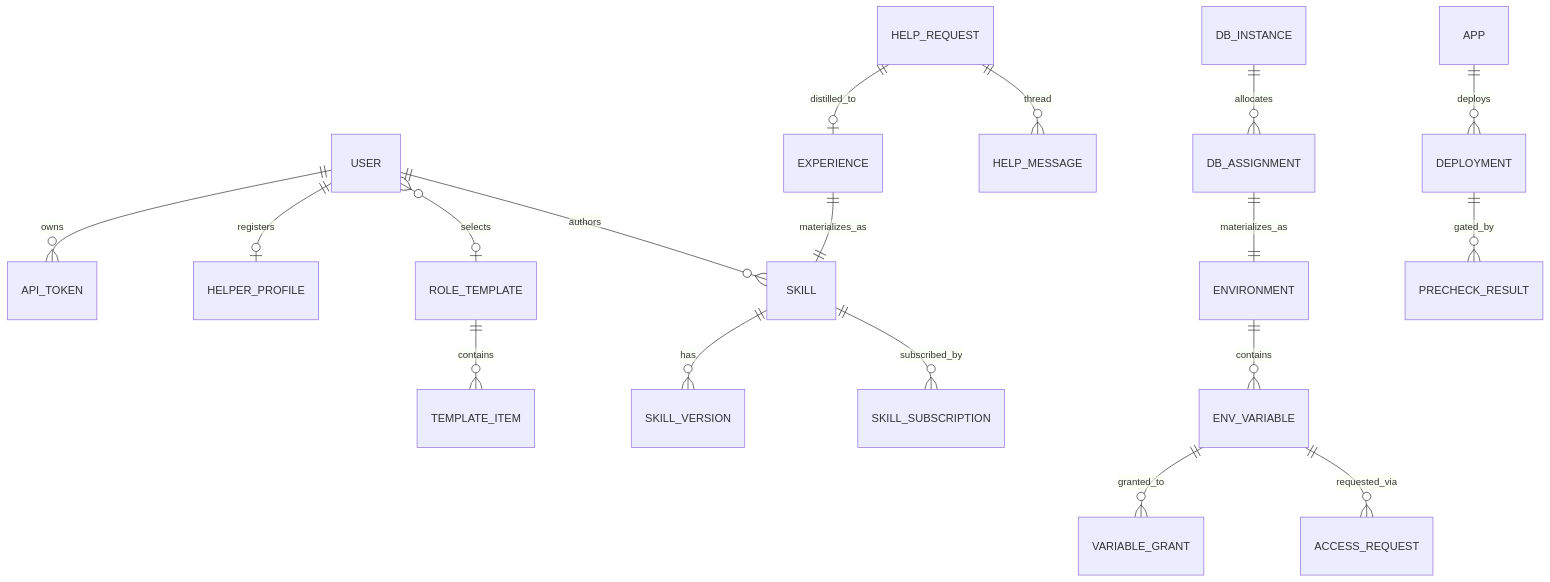
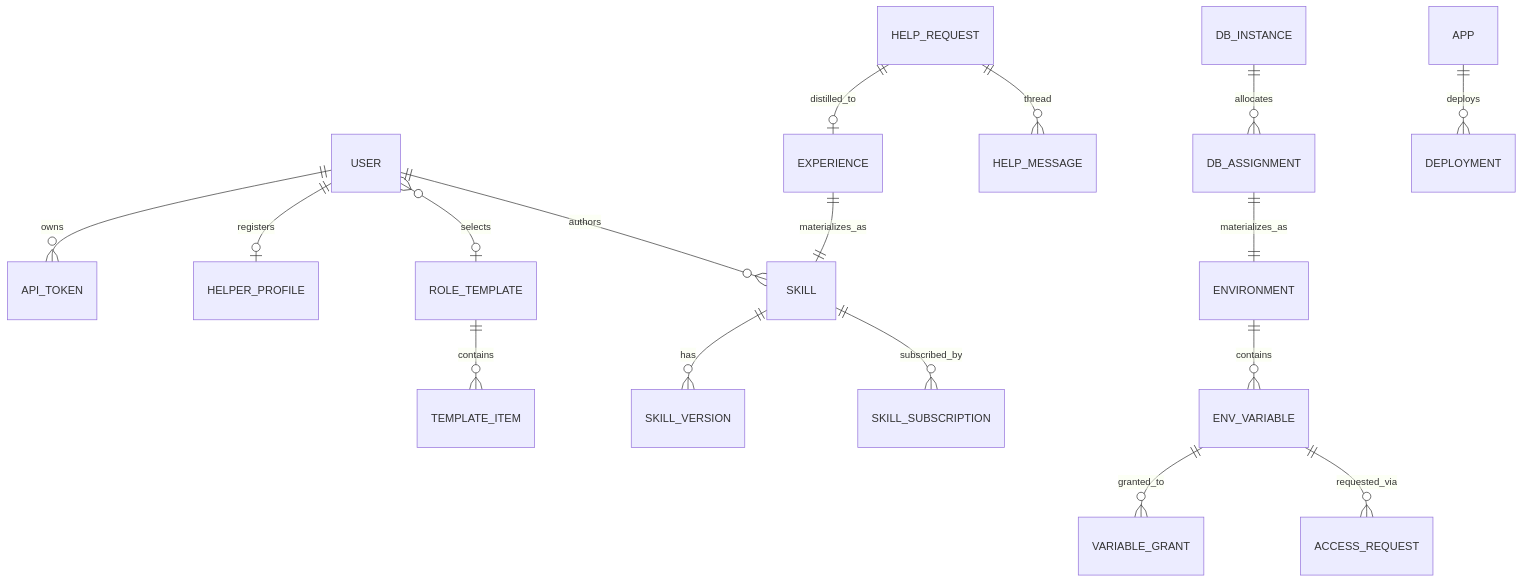
Before and after one commit to othorizon/easy-agent-team: the third of 4 diagrams in docs/product-design.md, drawn with Mermaid. The commit also changed other lines of this file and 27 other files, not shown here.

````diff
--- a/docs/product-design.md
+++ b/docs/product-design.md
@@ -532,20 +526,19 @@
 ```mermaid
 erDiagram
     USER ||--o{ API_TOKEN : owns
     USER ||--o| HELPER_PROFILE : registers
     USER ||--o{ SKILL : authors
     USER }o--o| ROLE_TEMPLATE : selects
     ROLE_TEMPLATE ||--o{ TEMPLATE_ITEM : contains
     SKILL ||--o{ SKILL_VERSION : has
     SKILL ||--o{ SKILL_SUBSCRIPTION : subscribed_by
     ENVIRONMENT ||--o{ ENV_VARIABLE : contains
     ENV_VARIABLE ||--o{ VARIABLE_GRANT : granted_to
     ENV_VARIABLE ||--o{ ACCESS_REQUEST : requested_via
     DB_INSTANCE ||--o{ DB_ASSIGNMENT : allocates
     DB_ASSIGNMENT ||--|| ENVIRONMENT : materializes_as
     HELP_REQUEST ||--o{ HELP_MESSAGE : thread
     HELP_REQUEST ||--o| EXPERIENCE : distilled_to
     EXPERIENCE ||--|| SKILL : materializes_as
     APP ||--o{ DEPLOYMENT : deploys
-    DEPLOYMENT ||--o{ PRECHECK_RESULT : gated_by
 ```
````
